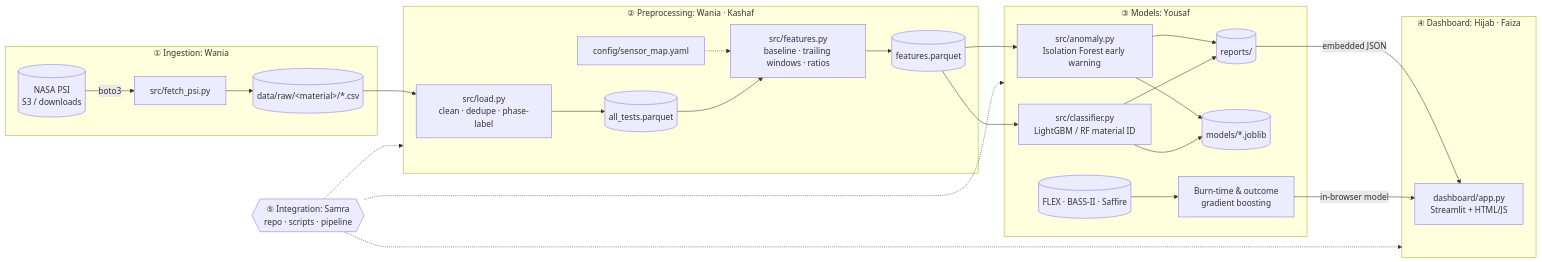
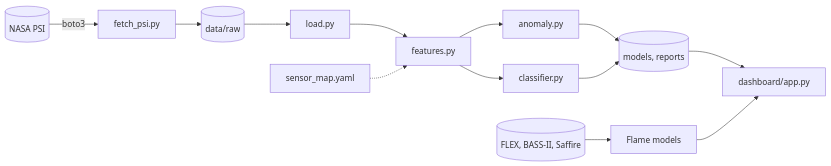
One commit to Samra761/The-Blueprint-67 changed the diagram in README.md. Above: the diagram before and after it, drawn with Mermaid. The commit also changed other lines of this file, not shown here.

````diff
--- a/README.md
+++ b/README.md
@@ -125,34 +77,15 @@
 ```mermaid
 flowchart LR
-    subgraph INGEST["① Ingestion: Wania"]
-        PSI[("NASA PSI<br/>S3 / downloads")] -->|boto3| FETCH["src/fetch_psi.py"]
-        FETCH --> RAW[("data/raw/&lt;material&gt;/*.csv")]
-    end
-
-    subgraph PREP["② Preprocessing: Wania · Kashaf"]
-        RAW --> LOAD["src/load.py<br/>clean · dedupe · phase-label"]
-        MAP["config/sensor_map.yaml"] -.-> FEAT
-        LOAD --> P1[("all_tests.parquet")]
-        P1 --> FEAT["src/features.py<br/>baseline · trailing windows · ratios"]
-        FEAT --> P2[("features.parquet")]
-    end
-
-    subgraph ML["③ Models: Yousaf"]
-        P2 --> ANOM["src/anomaly.py<br/>Isolation Forest early warning"]
-        P2 --> CLS["src/classifier.py<br/>LightGBM / RF material ID"]
-        FLEXD[("FLEX · BASS-II · Saffire")] --> FC["Burn-time & outcome<br/>gradient boosting"]
-        ANOM --> MOD[("models/*.joblib")]
-        CLS --> MOD
-        ANOM --> REP[("reports/")]
-        CLS --> REP
-    end
-
-    subgraph UI["④ Dashboard: Hijab · Faiza"]
-        REP -->|embedded JSON| APP["dashboard/app.py<br/>Streamlit + HTML/JS"]
-        FC -->|in-browser model| APP
-    end
-
-    INT{{"⑤ Integration: Samra<br/>repo · scripts · pipeline"}} -.-> PREP
-    INT -.-> ML
-    INT -.-> UI
+    PSI[(NASA PSI)] -->|boto3| FETCH[fetch_psi.py]
+    FETCH --> RAW[(data/raw)]
+    RAW --> LOAD[load.py]
+    LOAD --> FEAT[features.py]
+    MAP[sensor_map.yaml] -.-> FEAT
+    FEAT --> ANOM[anomaly.py]
+    FEAT --> CLS[classifier.py]
+    ANOM --> OUT[(models, reports)]
+    CLS --> OUT
+    FLEX[(FLEX, BASS-II, Saffire)] --> FC[Flame models]
+    OUT --> APP[dashboard/app.py]
+    FC --> APP
 ```
````
